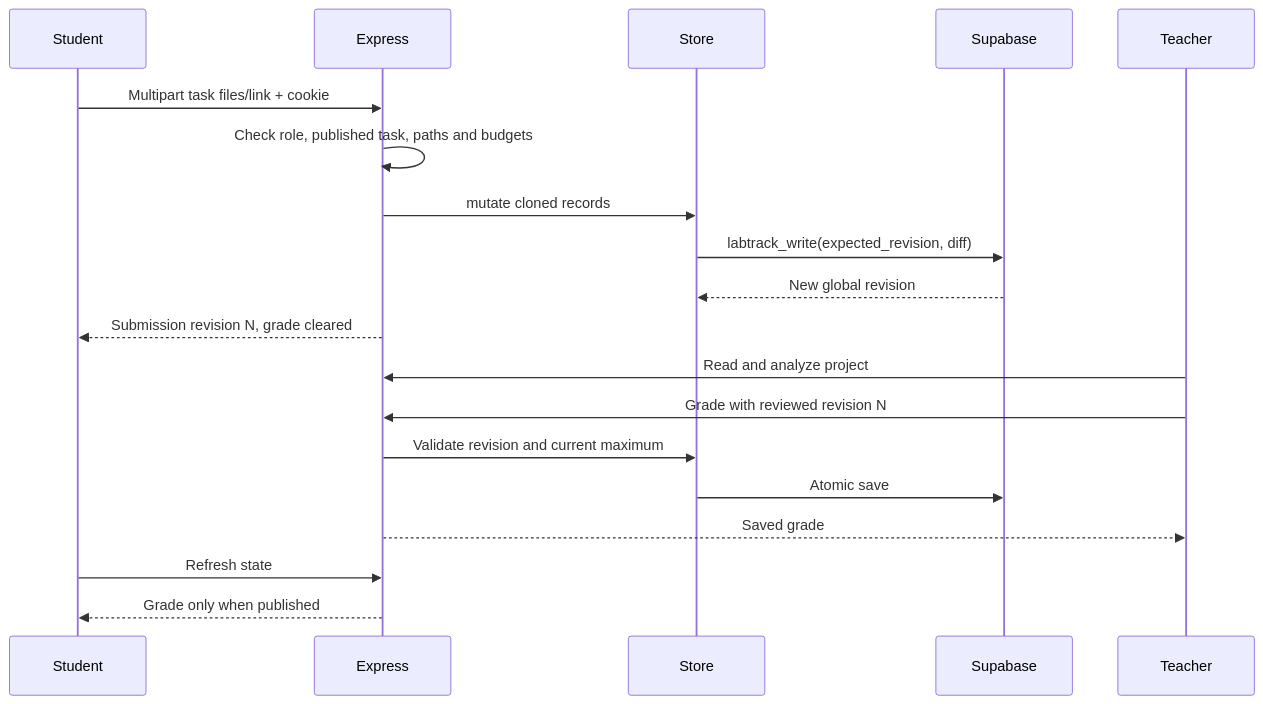
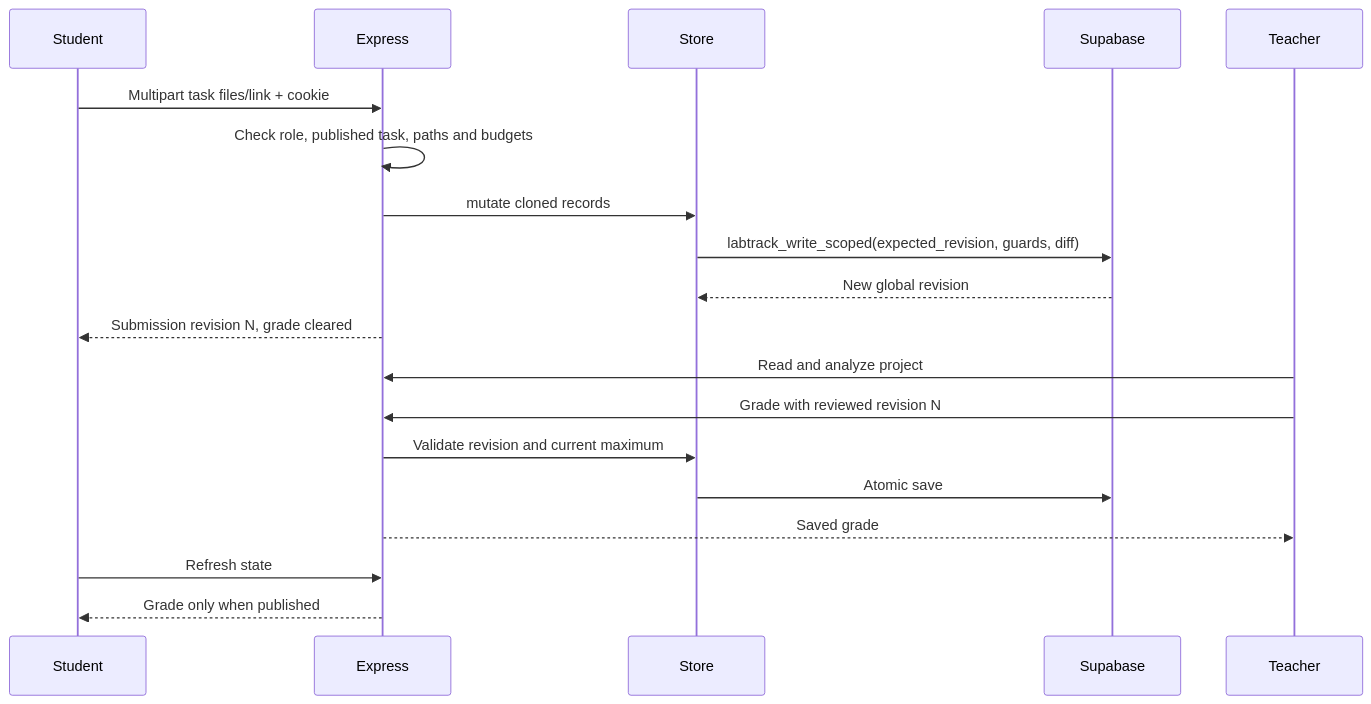
One commit to muhammadsaad9316/Mehran-Saib changed the third of 3 diagrams in docs/architecture.md. Above: the diagram before and after it, drawn with Mermaid. The commit also changed other lines of this file and 56 other files, not shown here.

````diff
--- a/docs/architecture.md
+++ b/docs/architecture.md
@@ -90,21 +92,21 @@
 ```mermaid
 sequenceDiagram
   participant Student
   participant API as Express
   participant Store
   participant DB as Supabase
   participant Teacher
   Student->>API: Multipart task files/link + cookie
   API->>API: Check role, published task, paths and budgets
   API->>Store: mutate cloned records
-  Store->>DB: labtrack_write(expected_revision, diff)
+  Store->>DB: labtrack_write_scoped(expected_revision, guards, diff)
   DB-->>Store: New global revision
   API-->>Student: Submission revision N, grade cleared
   Teacher->>API: Read and analyze project
   Teacher->>API: Grade with reviewed revision N
   API->>Store: Validate revision and current maximum
   Store->>DB: Atomic save
   API-->>Teacher: Saved grade
   Student->>API: Refresh state
   API-->>Student: Grade only when published
 ```
````
